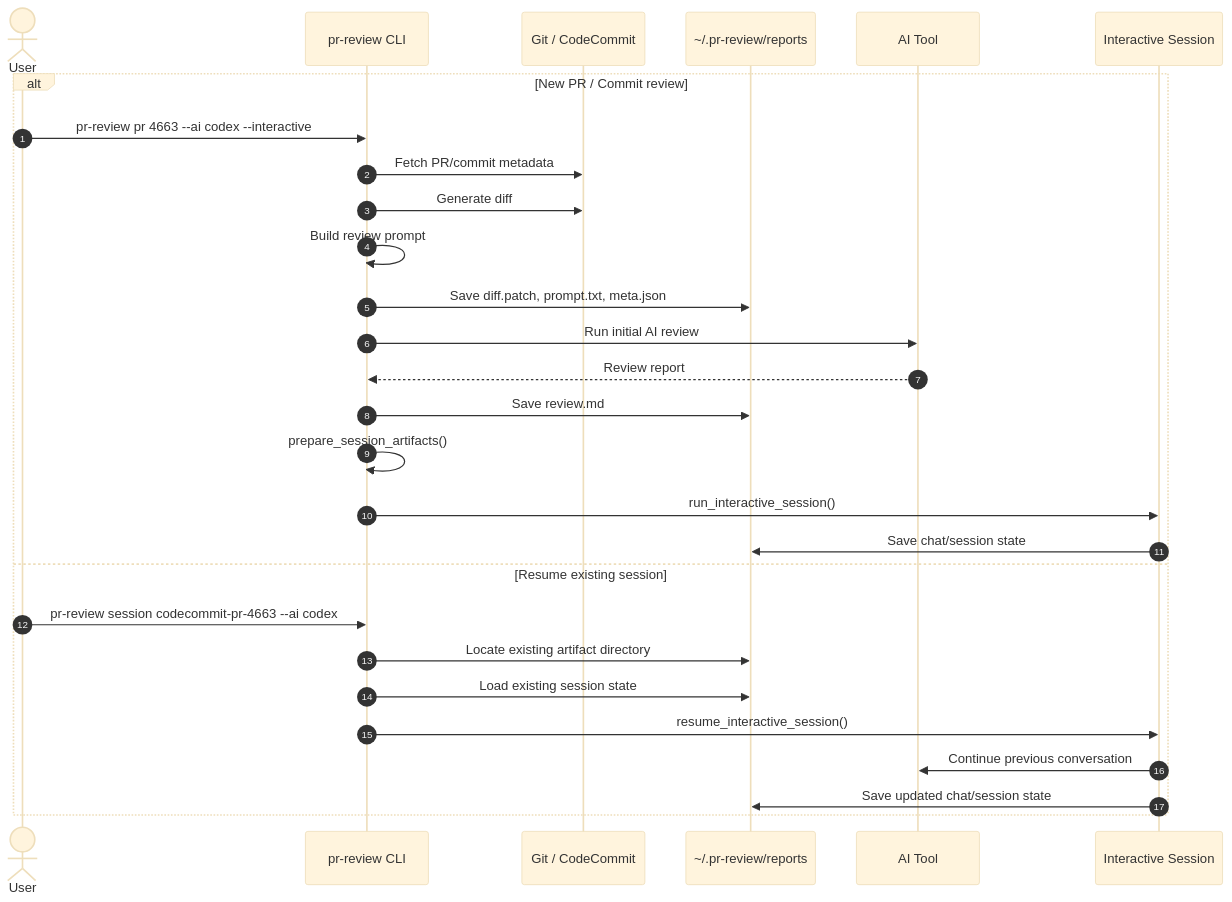
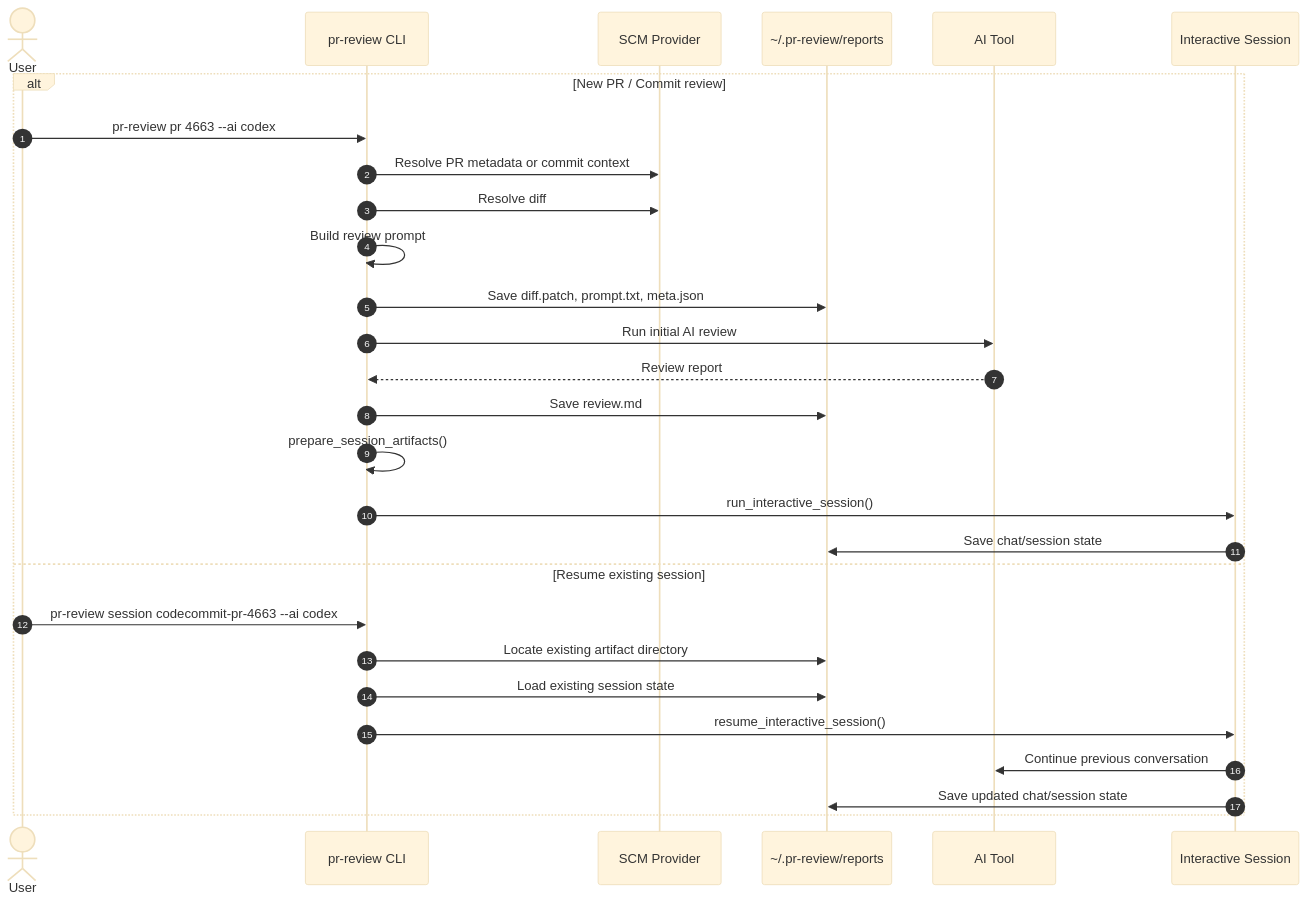
One commit to ualter/pr-review changed the diagram in docs/pr_review-v2.mmd. Above: the diagram before and after it, drawn with Mermaid (base theme). The commit also changed 4 other files, not shown here.

```diff
--- a/docs/pr_review-v2.mmd
+++ b/docs/pr_review-v2.mmd
@@ -1,30 +1,30 @@
 sequenceDiagram
     autonumber
 
     actor User
     participant CLI as pr-review CLI
-    participant Git as Git / CodeCommit
+    participant SCM as SCM Provider
     participant FS as ~/.pr-review/reports
     participant AI as AI Tool
     participant Chat as Interactive Session
 
     alt New PR / Commit review
-        User->>CLI: pr-review pr 4663 --ai codex --interactive
-        CLI->>Git: Fetch PR/commit metadata
-        CLI->>Git: Generate diff
+        User->>CLI: pr-review pr 4663 --ai codex
+        CLI->>SCM: Resolve PR metadata or commit context
+        CLI->>SCM: Resolve diff
         CLI->>CLI: Build review prompt
         CLI->>FS: Save diff.patch, prompt.txt, meta.json
         CLI->>AI: Run initial AI review
         AI-->>CLI: Review report
         CLI->>FS: Save review.md
         CLI->>CLI: prepare_session_artifacts()
         CLI->>Chat: run_interactive_session()
         Chat->>FS: Save chat/session state
     else Resume existing session
         User->>CLI: pr-review session codecommit-pr-4663 --ai codex
         CLI->>FS: Locate existing artifact directory
         CLI->>FS: Load existing session state
         CLI->>Chat: resume_interactive_session()
         Chat->>AI: Continue previous conversation
         Chat->>FS: Save updated chat/session state
     end
```
